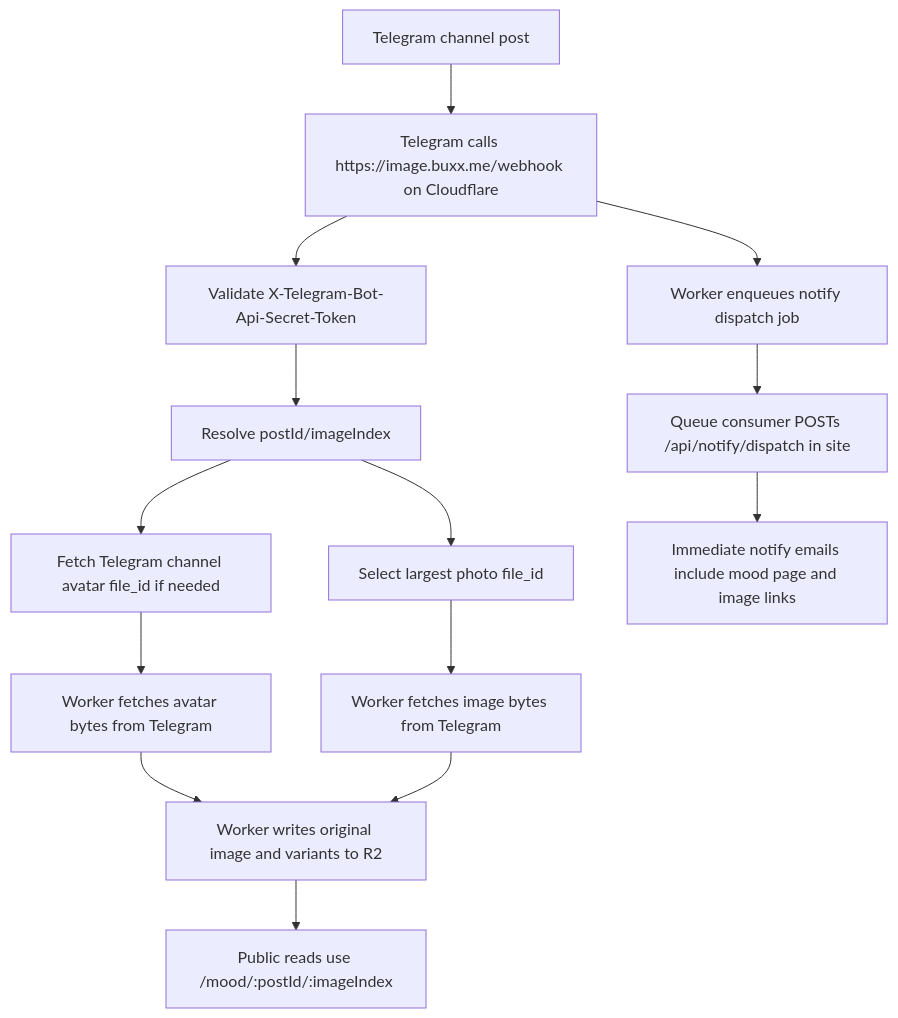
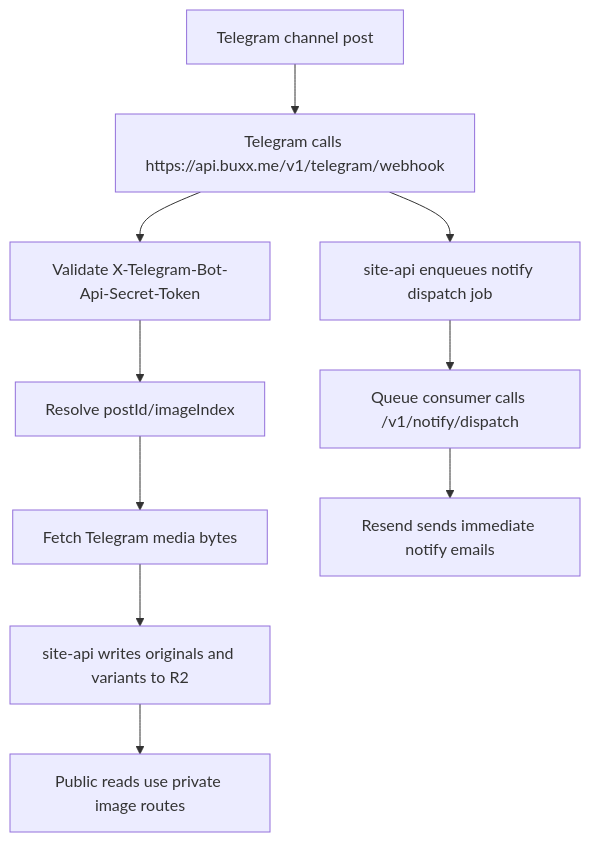
Before and after one commit to bunizao/site: the diagram in docs/TELEGRAM-PIPELINE.md, drawn with Mermaid. The commit also changed other lines of this file and 110 other files, not shown here.

Commit message:
refactor: proxy private API surfaces

````diff
--- a/docs/TELEGRAM-PIPELINE.md
+++ b/docs/TELEGRAM-PIPELINE.md
@@ -21,16 +16,12 @@
 ```mermaid
 flowchart TD
-  A["Telegram channel post"] --> B["Telegram calls https://image.buxx.me/webhook on Cloudflare"]
+  A["Telegram channel post"] --> B["Telegram calls https://api.buxx.me/v1/telegram/webhook"]
   B --> C["Validate X-Telegram-Bot-Api-Secret-Token"]
   C --> D["Resolve postId/imageIndex"]
-  D --> E["Fetch Telegram channel avatar file_id if needed"]
-  D --> F["Select largest photo file_id"]
-  E --> G["Worker fetches avatar bytes from Telegram"]
-  F --> H["Worker fetches image bytes from Telegram"]
-  G --> I["Worker writes original image and variants to R2"]
-  H --> I
-  I --> J["Public reads use /mood/:postId/:imageIndex"]
-  B --> K["Worker enqueues notify dispatch job"]
-  K --> L["Queue consumer POSTs /api/notify/dispatch in site"]
-  L --> M["Immediate notify emails include mood page and image links"]
+  D --> E["Fetch Telegram media bytes"]
+  E --> F["site-api writes originals and variants to R2"]
+  F --> G["Public reads use private image routes"]
+  B --> H["site-api enqueues notify dispatch job"]
+  H --> I["Queue consumer calls /v1/notify/dispatch"]
+  I --> J["Resend sends immediate notify emails"]
 ```
````
